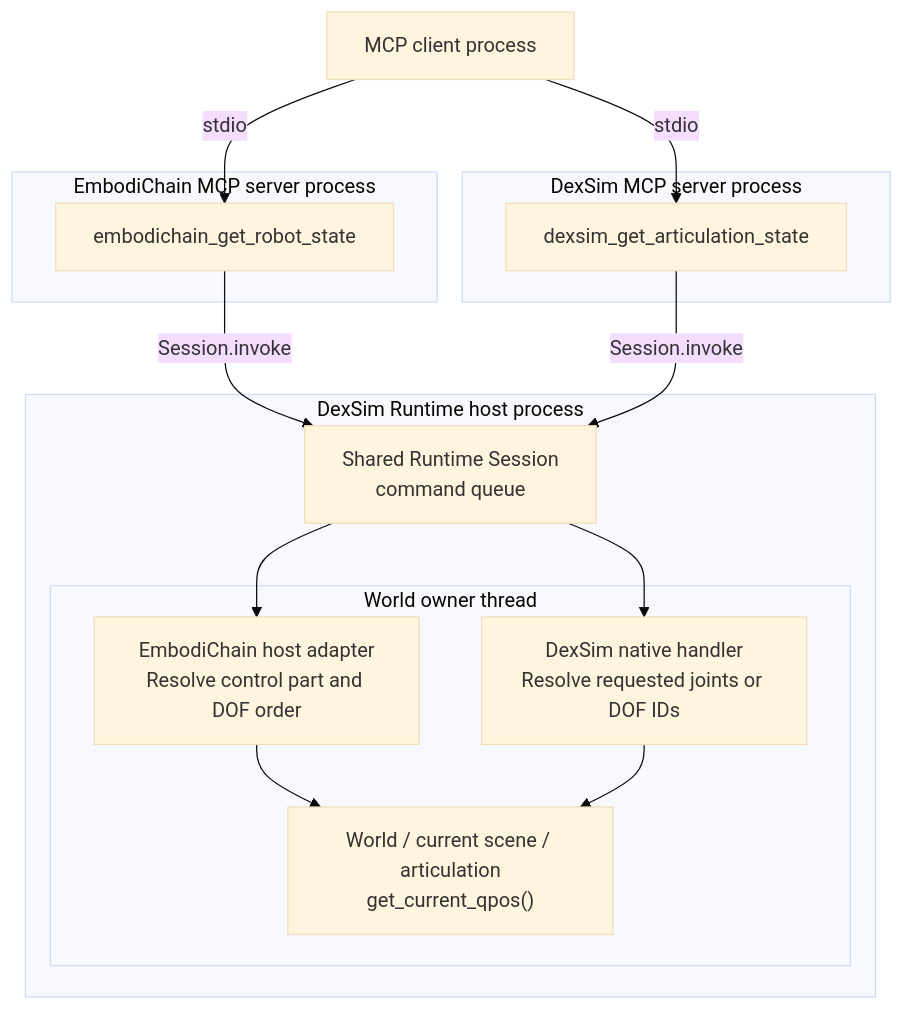
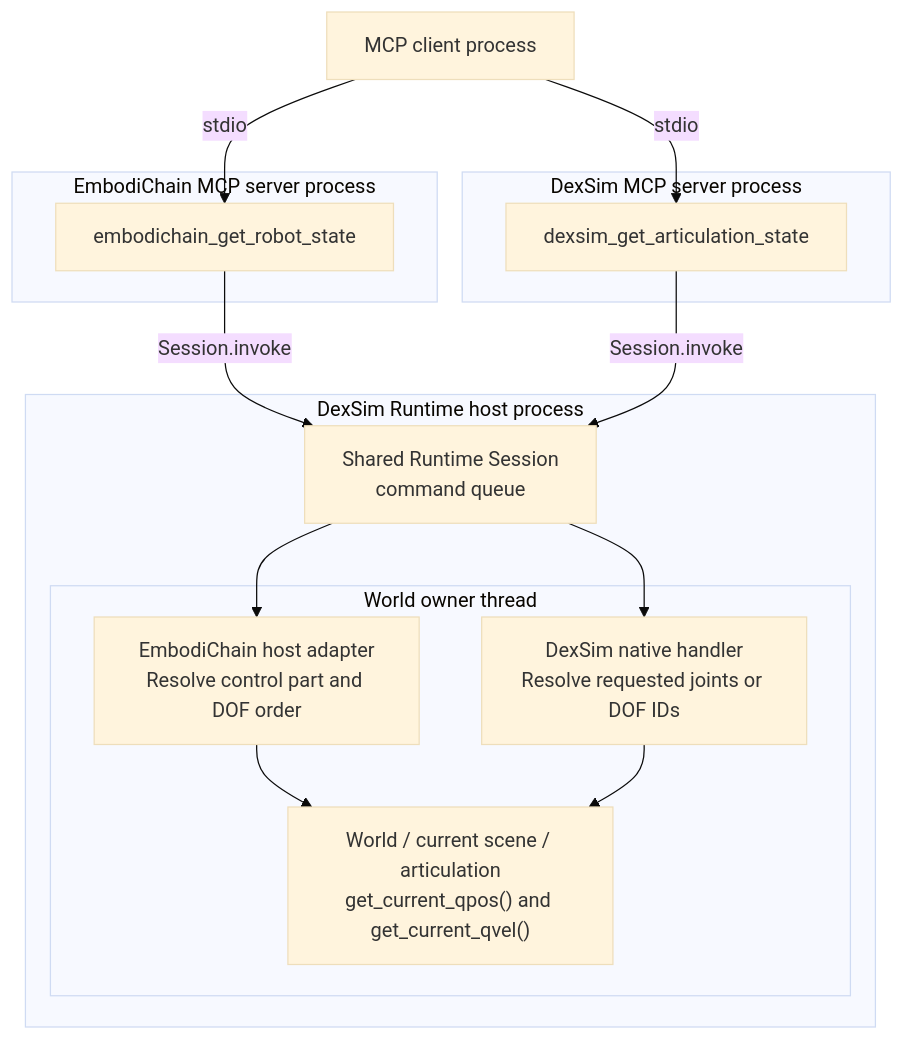
One commit to DexForce/EmbodiChain changed the diagram in docs/source/features/mcp/index.rst. Above: the diagram before and after it, drawn with Mermaid (base theme). The commit also changed other lines of this file and 10 other files, not shown here.

```diff
--- a/docs/source/features/mcp/index.rst
+++ b/docs/source/features/mcp/index.rst
@@ -14,27 +14,27 @@
 .. mermaid::
 
    flowchart TB
        client["MCP client process"]
        subgraph ec["EmbodiChain MCP server process"]
            ecTool["embodichain_get_robot_state"]
        end
        subgraph ds["DexSim MCP server process"]
            dsTool["dexsim_get_articulation_state"]
        end
        subgraph host["DexSim Runtime host process"]
            queue["Shared Runtime Session<br/>command queue"]
            subgraph owner["World owner thread"]
                ecRead["EmbodiChain host adapter<br/>Resolve control part and DOF order"]
                dsRead["DexSim native handler<br/>Resolve requested joints or DOF IDs"]
-               joints["World / current scene / articulation<br/>get_current_qpos()"]
+               joints["World / current scene / articulation<br/>get_current_qpos() and get_current_qvel()"]
            end
        end
 
        client -->|stdio| ecTool
        client -->|stdio| dsTool
        ecTool -->|Session.invoke| queue
        dsTool -->|Session.invoke| queue
        queue --> ecRead
        queue --> dsRead
        ecRead --> joints
        dsRead --> joints
```
